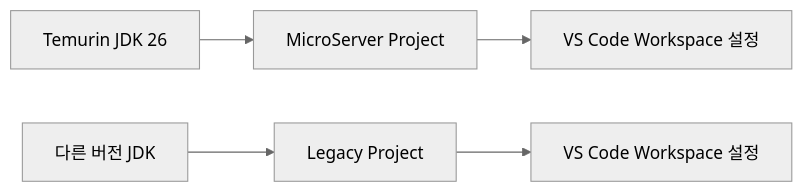
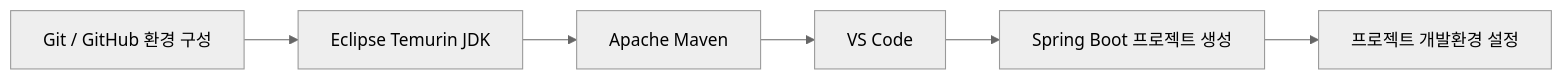
The diagram in docs/01_project_start/02_environment/java/jdk_setup.md (Team-Microserver/microserver-docs), drawn with Mermaid (neutral theme) before and after one commit. The commit also changed other lines of this file and 15 other files, not shown here.

````diff
--- a/docs/01_project_start/02_environment/java/jdk_setup.md
+++ b/docs/01_project_start/02_environment/java/jdk_setup.md
@@ -41,8 +37,8 @@
 ```mermaid
 flowchart LR
-    JDK1[Temurin JDK 26] --> P1[MicroServer Project]
-    JDK2[다른 버전 JDK] --> P2[Legacy Project]
-
-    P1 --> V1[VS Code Workspace 설정]
-    P2 --> V2[VS Code Workspace 설정]
+    A[Git / GitHub 환경 구성] --> B[Eclipse Temurin JDK]
+    B --> C[Apache Maven]
+    C --> D[VS Code]
+    D --> E[Spring Boot 프로젝트 생성]
+    E --> F[프로젝트 개발환경 설정]
 ```
````
